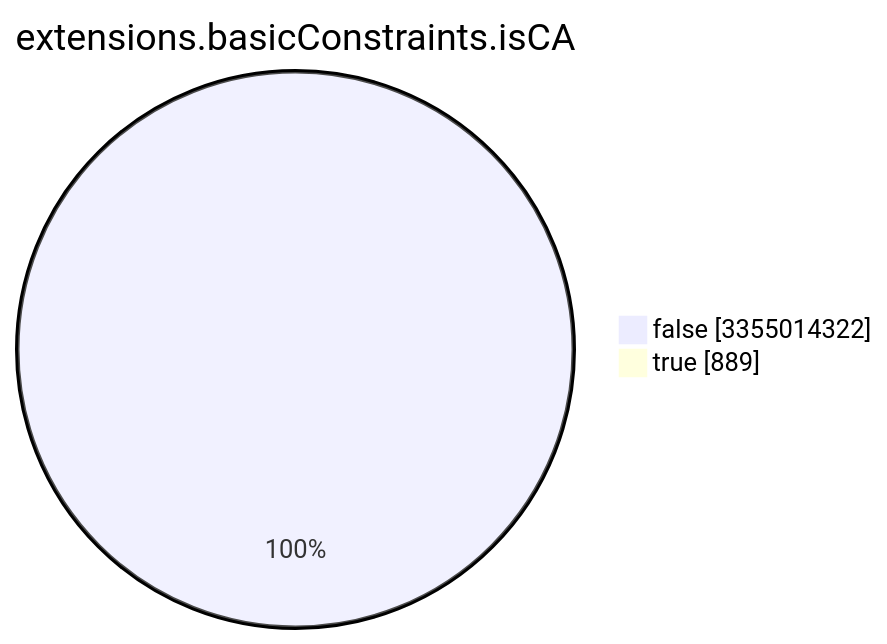
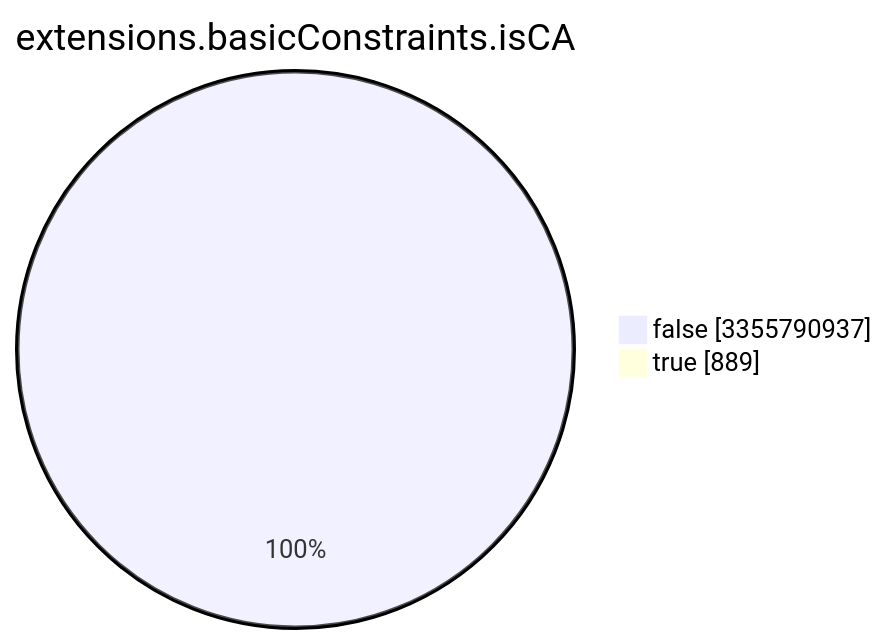
The seventh of 15 diagrams in TOTAL/README.md (christiankrug/ctmonitor_visualization), drawn with Mermaid before and after one commit. The commit also changed other lines of this file, not shown here.

````diff
--- a/TOTAL/README.md
+++ b/TOTAL/README.md
@@ -3089,6 +3089,6 @@
 ```mermaid
 pie showData
 title extensions.basicConstraints.isCA
-"false" :3355014322
+"false" :3355790937
 "true" :889
 ```
````
